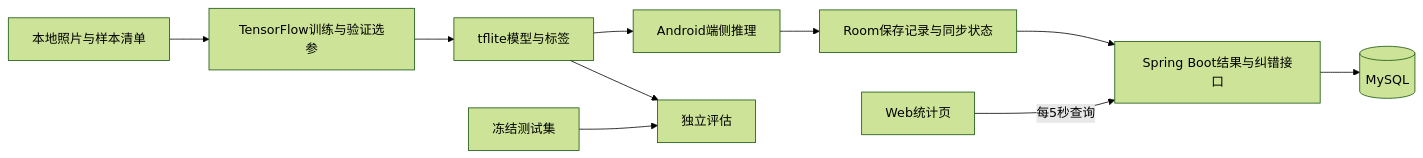
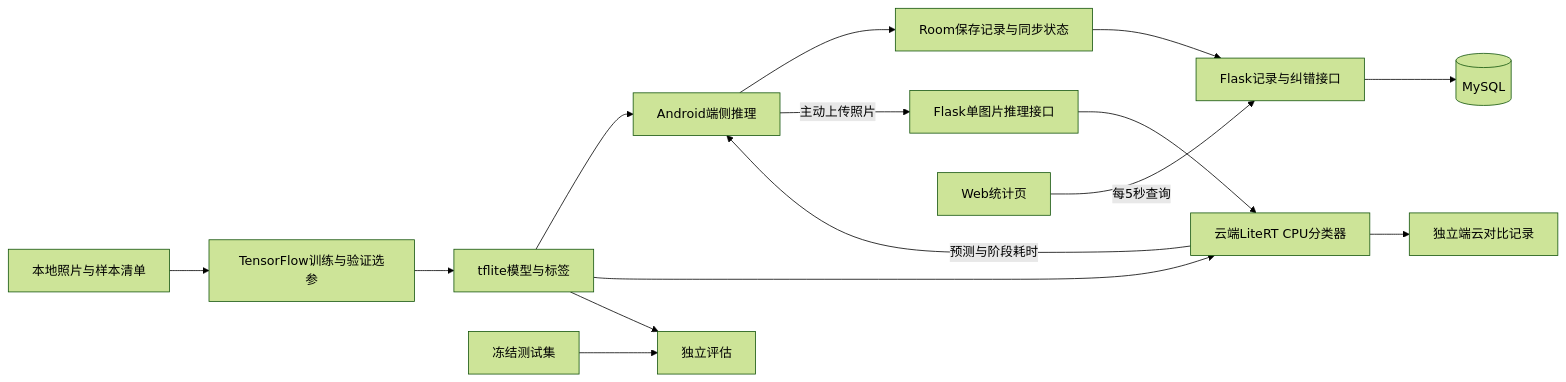
Before and after one commit to 233zsq/mobile-cloud-object-recognition: the diagram in docs/architecture.md, drawn with Mermaid (forest theme). The commit also changed other lines of this file and 8 other files, not shown here.

````diff
--- a/docs/architecture.md
+++ b/docs/architecture.md
@@ -5,12 +5,17 @@
 ```mermaid
 flowchart LR
     D[本地照片与样本清单] --> T[TensorFlow训练与验证选参]
     T --> M[tflite模型与标签]
     M --> A[Android端侧推理]
+    M --> C[云端LiteRT CPU分类器]
     A --> L[Room保存记录与同步状态]
-    L --> B[Spring Boot结果与纠错接口]
+    L --> B[Flask记录与纠错接口]
     B --> DB[(MySQL)]
+    A -->|主动上传照片| I[Flask单图片推理接口]
+    I --> C
+    C -->|预测与阶段耗时| A
+    C --> X[独立端云对比记录]
     W[Web统计页] -->|每5秒查询| B
     F[冻结测试集] --> E[独立评估]
     M --> E
 ```
````
